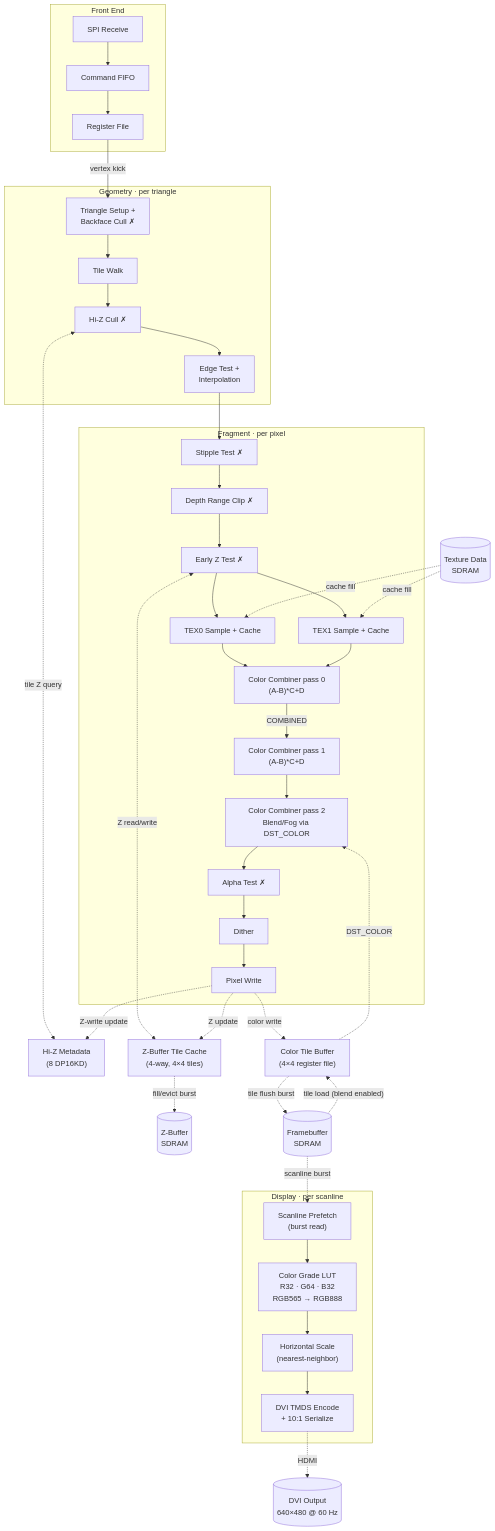
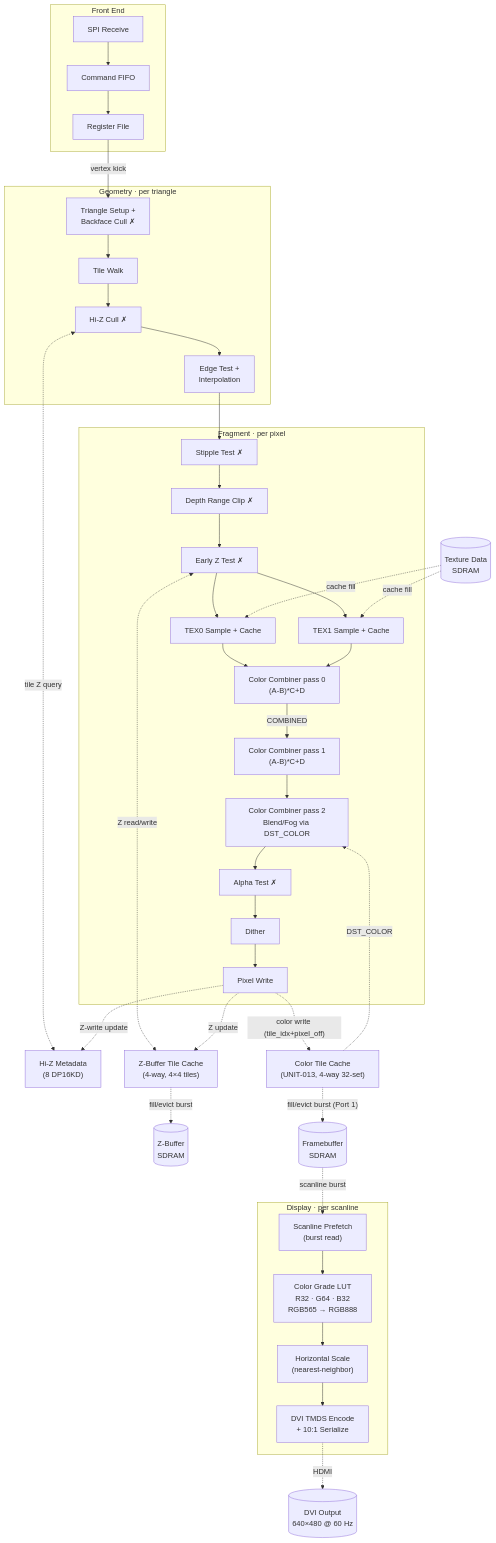
One commit to londey/pico-gs changed the ninth of 10 diagrams in ARCHITECTURE.md. Above: the diagram before and after it, drawn with Mermaid. The commit also changed other lines of this file and 23 other files, not shown here.

First line of the commit message:
Enhance framebuffer and color tile cache functionality

````diff
--- a/ARCHITECTURE.md
+++ b/ARCHITECTURE.md
@@ -367,60 +368,59 @@
 ```mermaid
 flowchart TD
     subgraph front["Front End"]
         SPI["SPI Receive"] --> FIFO["Command FIFO"] --> REG["Register File"]
     end
 
     subgraph geom["Geometry · per triangle"]
         SETUP["Triangle Setup +<br/>Backface Cull ✗"] --> TILE["Tile Walk"] --> HIZ_CULL["Hi-Z Cull ✗"] --> EDGE["Edge Test +<br/>Interpolation"]
     end
 
     subgraph frag["Fragment · per pixel"]
         STIP["Stipple Test ✗"]
         ZRC["Depth Range Clip ✗"]
         EZ["Early Z Test ✗"]
         TEX0["TEX0 Sample + Cache"]
         TEX1["TEX1 Sample + Cache"]
         CC0["Color Combiner pass 0<br/>(A-B)*C+D"]
         CC1["Color Combiner pass 1<br/>(A-B)*C+D"]
         CC2["Color Combiner pass 2<br/>Blend/Fog via DST_COLOR"]
         AT["Alpha Test ✗"]
         DITH["Dither"]
         PW["Pixel Write"]
         STIP --> ZRC --> EZ --> TEX0 --> CC0
         EZ --> TEX1 --> CC0
         CC0 -- "COMBINED" --> CC1 --> CC2 --> AT --> DITH --> PW
     end
 
     REG -- "vertex kick" --> SETUP
     EDGE --> STIP
 
     HIZ_META["Hi-Z Metadata<br/>(8 DP16KD)"]
     ZCACHE["Z-Buffer Tile Cache<br/>(4-way, 4×4 tiles)"]
-    CTBUF["Color Tile Buffer<br/>(4×4 register file)"]
+    CTCACHE["Color Tile Cache<br/>(UNIT-013, 4-way 32-set)"]
     ZBUF[("Z-Buffer<br/>SDRAM")]
     TEXMEM[("Texture Data<br/>SDRAM")]
     FB[("Framebuffer<br/>SDRAM")]
 
     HIZ_CULL <-. "tile Z query" .-> HIZ_META
     PW -. "Z-write update" .-> HIZ_META
     EZ <-. "Z read/write" .-> ZCACHE
     PW -. "Z update" .-> ZCACHE
     ZCACHE -. "fill/evict burst" .-> ZBUF
     TEXMEM -. "cache fill" .-> TEX0
     TEXMEM -. "cache fill" .-> TEX1
-    FB -. "tile load (blend enabled)" .-> CTBUF
-    CTBUF -. "DST_COLOR" .-> CC2
-    PW -. "color write" .-> CTBUF
-    CTBUF -. "tile flush burst" .-> FB
+    CTCACHE -. "DST_COLOR" .-> CC2
+    PW -. "color write (tile_idx+pixel_off)" .-> CTCACHE
+    CTCACHE -. "fill/evict burst (Port 1)" .-> FB
 
     subgraph display["Display · per scanline"]
         SCAN["Scanline Prefetch<br/>(burst read)"]
         CLUT["Color Grade LUT<br/>R32 · G64 · B32<br/>RGB565 → RGB888"]
         HSCALE["Horizontal Scale<br/>(nearest-neighbor)"]
         TMDS["DVI TMDS Encode<br/>+ 10:1 Serialize"]
         SCAN --> CLUT --> HSCALE --> TMDS
     end
 
     FB -. "scanline burst" .-> SCAN
     TMDS -. "HDMI" .-> HDMI[("DVI Output<br/>640×480 @ 60 Hz")]
 ```
````
